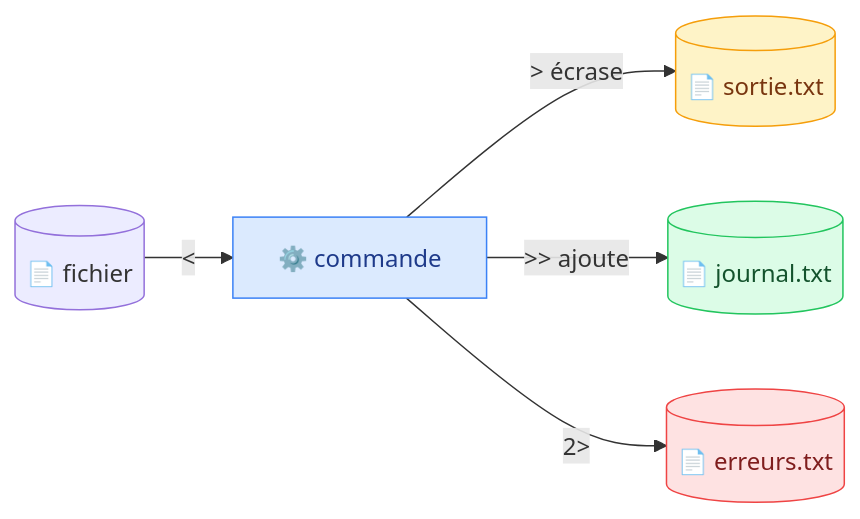
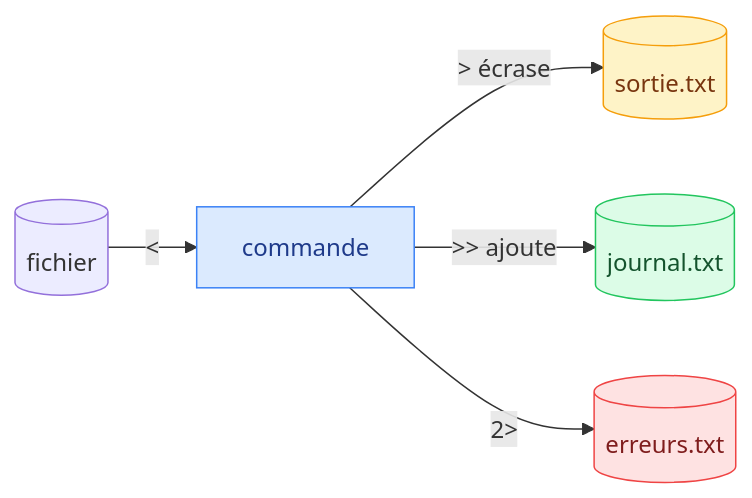
The second of 3 diagrams in methodologie-securite-it/linux/05-redirections-pipes.md (GoobyWoobies/HEIA-IT), drawn with Mermaid before and after one commit. The commit also changed other lines of this file and 24 other files, not shown here.

````diff
--- a/methodologie-securite-it/linux/05-redirections-pipes.md
+++ b/methodologie-securite-it/linux/05-redirections-pipes.md
@@ -107,12 +107,12 @@
 ```mermaid
 flowchart LR
-    F1[("📄 fichier")] -->|"<"| C["⚙️ commande"]
-    C -->|"> écrase"| F2[("📄 sortie.txt")]
-    C -->|">> ajoute"| F3[("📄 journal.txt")]
-    C -->|"2>"| F4[("📄 erreurs.txt")]
+    F1[("fichier")] -->|"<"| C["commande"]
+    C -->|"> écrase"| F2[("sortie.txt")]
+    C -->|">> ajoute"| F3[("journal.txt")]
+    C -->|"2>"| F4[("erreurs.txt")]
 
     style C fill:#dbeafe,stroke:#3b82f6,color:#1e3a8a
     style F2 fill:#fef3c7,stroke:#f59e0b,color:#78350f
     style F3 fill:#dcfce7,stroke:#22c55e,color:#14532d
     style F4 fill:#fee2e2,stroke:#ef4444,color:#7f1d1d
 ```
````
